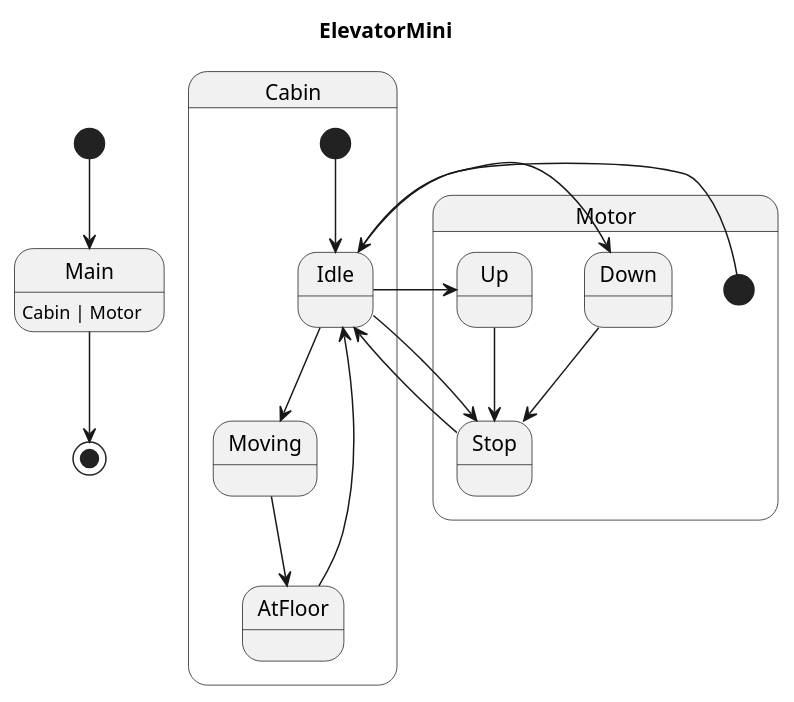
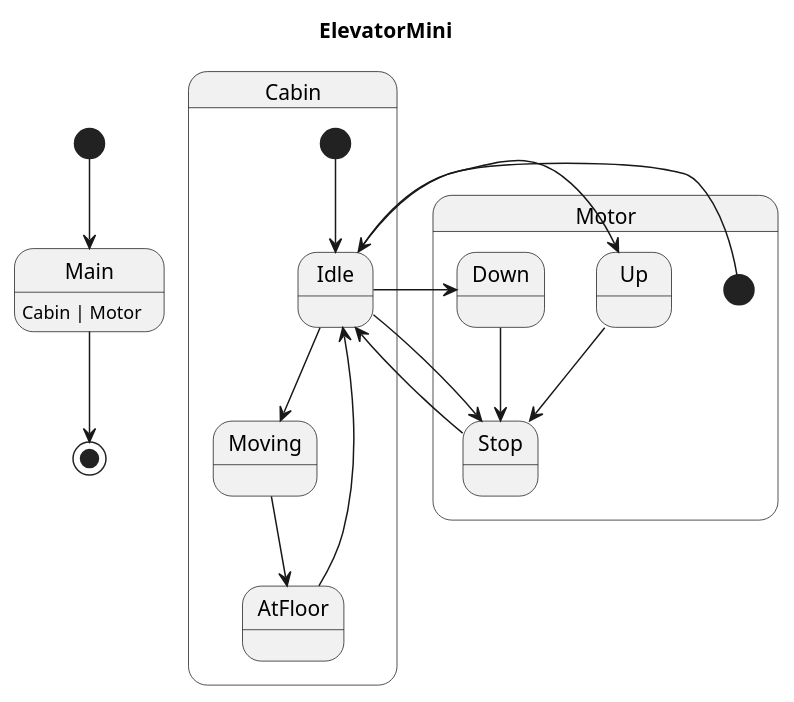
The diagram in examples/generated/plantuml/elevator_mini.puml (Pastor/Takt), drawn with PlantUML before and after one commit. The commit also changed other lines of this file and 11 other files, not shown here.

```diff
--- a/examples/generated/plantuml/elevator_mini.puml
+++ b/examples/generated/plantuml/elevator_mini.puml
@@ -1,25 +1,25 @@
 @startuml
 title ElevatorMini
 
 [*] --> Main
 Main : Cabin | Motor
 Main --> [*]
 
 state Cabin {
     [*] --> Idle
     Moving --> AtFloor
+    AtFloor --> Idle
     Idle --> Moving
-    AtFloor --> Idle
 }
 
 state Motor {
     [*] --> Idle
+    Up --> Stop
+    Stop --> Idle
     Down --> Stop
-    Up --> Stop
     Idle --> Up
     Idle --> Down
     Idle --> Stop
-    Stop --> Idle
 }
 
 @enduml
```
